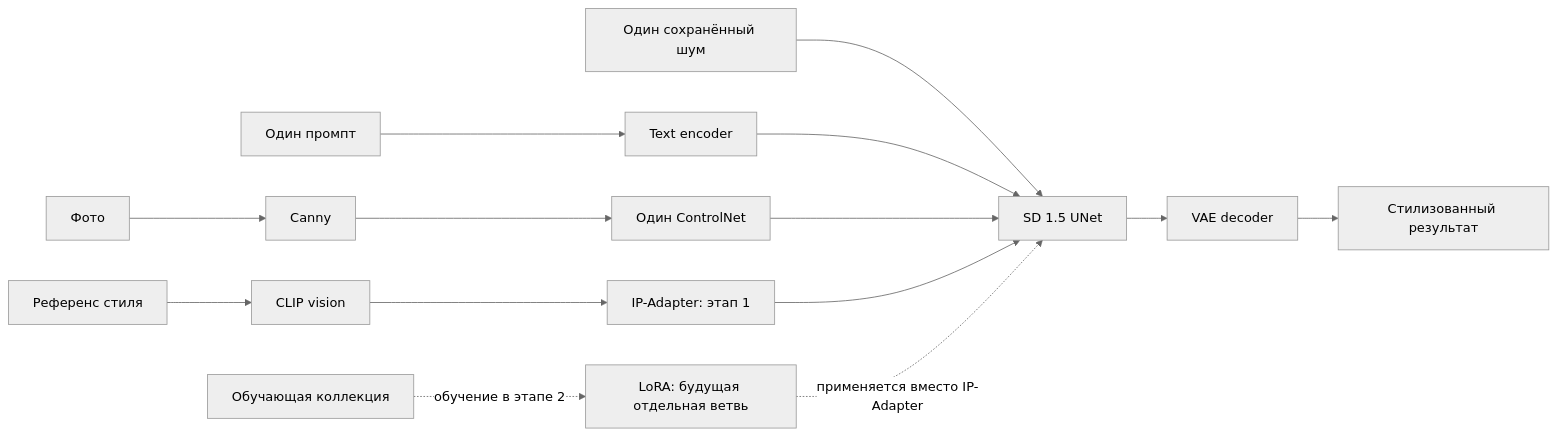
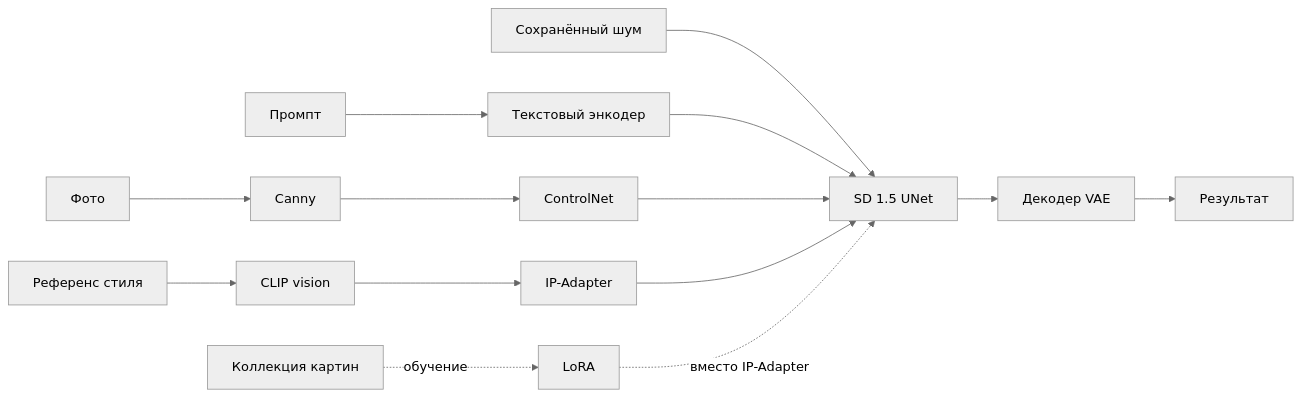
Before and after one commit to Batyaoftheyear/diffusion-style: the diagram in docs/theory.md, drawn with Mermaid (neutral theme). The commit also changed other lines of this file and 15 other files, not shown here.

````diff
--- a/docs/theory.md
+++ b/docs/theory.md
@@ -49,16 +59,16 @@
 ```mermaid
 flowchart LR
     Photo[Фото] --> Canny[Canny]
-    Canny --> Control[Один ControlNet]
-    Prompt[Один промпт] --> Text[Text encoder]
-    Noise[Один сохранённый шум] --> SD[SD 1.5 UNet]
+    Canny --> Control[ControlNet]
+    Prompt[Промпт] --> Text[Текстовый энкодер]
+    Noise[Сохранённый шум] --> SD[SD 1.5 UNet]
     Text --> SD
     Control --> SD
     Reference[Референс стиля] --> Vision[CLIP vision]
-    Vision --> IP[IP-Adapter: этап 1]
+    Vision --> IP[IP-Adapter]
     IP --> SD
-    Collection[Обучающая коллекция] -. обучение в этапе 2 .-> LoRA[LoRA: будущая отдельная ветвь]
-    LoRA -. применяется вместо IP-Adapter .-> SD
-    SD --> VAE[VAE decoder]
-    VAE --> Output[Стилизованный результат]
+    Collection[Коллекция картин] -. обучение .-> LoRA[LoRA]
+    LoRA -. вместо IP-Adapter .-> SD
+    SD --> VAE[Декодер VAE]
+    VAE --> Output[Результат]
 ```
````
